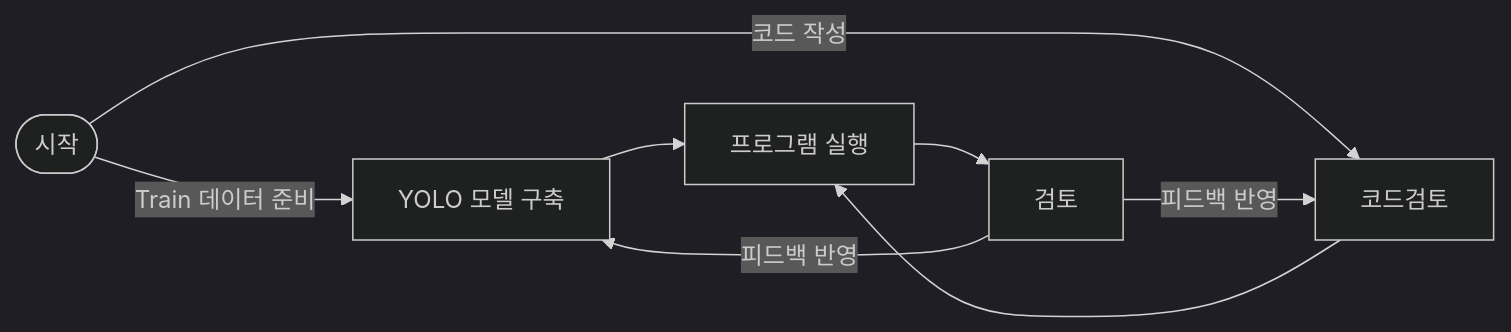
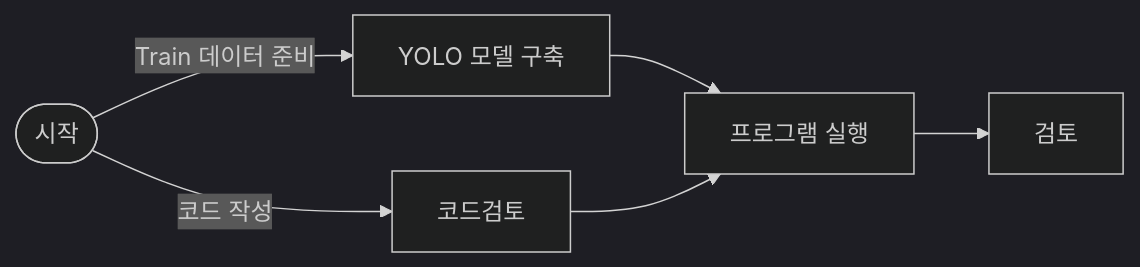
Before and after one commit to gamdumdum/my-project: the first of 2 diagrams in README.md, drawn with Mermaid (dark theme).

````diff
--- a/README.md
+++ b/README.md
@@ -2,15 +2,13 @@
 ```mermaid
 flowchart LR
     시작([시작])
     시작 -->|Train 데이터 준비| Yolo[YOLO 모델 구축]
     시작 -->|코드 작성| 코드검토[코드검토]
 
     Yolo --> 실행[프로그램 실행]
     코드검토 --> 실행[프로그램 실행]
 
     실행 -->검토[검토]
 
-    검토 -->|피드백 반영| 코드검토
-    검토 -->|피드백 반영| Yolo
 
 ```
````
